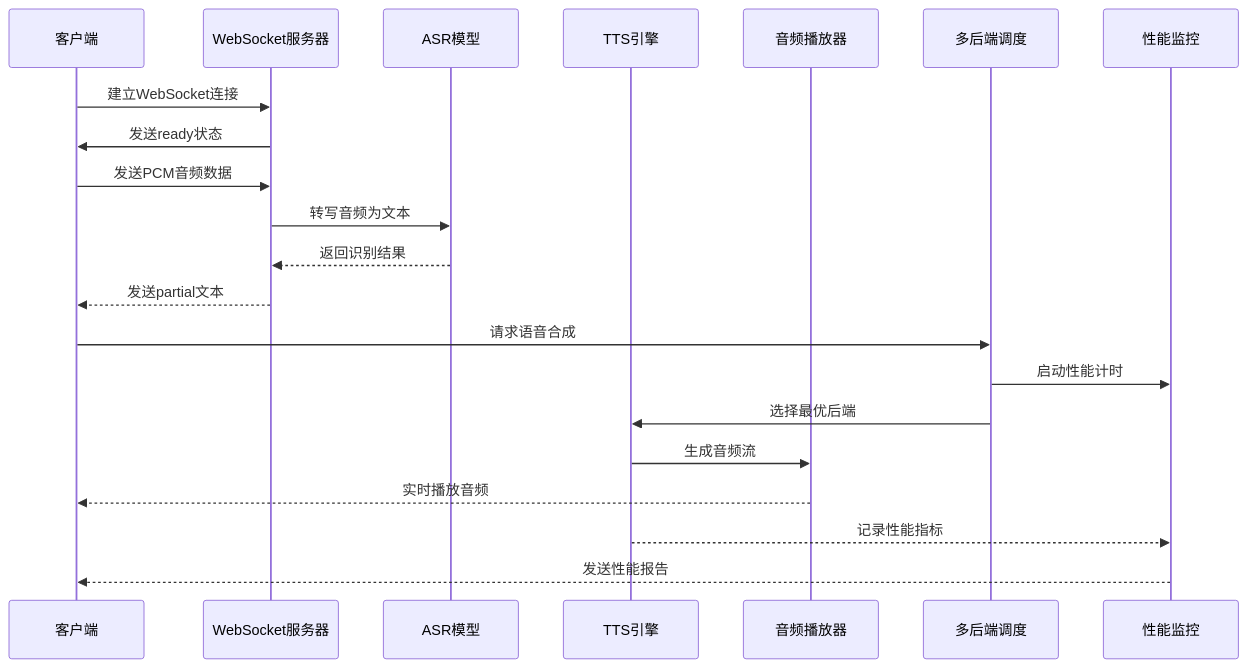
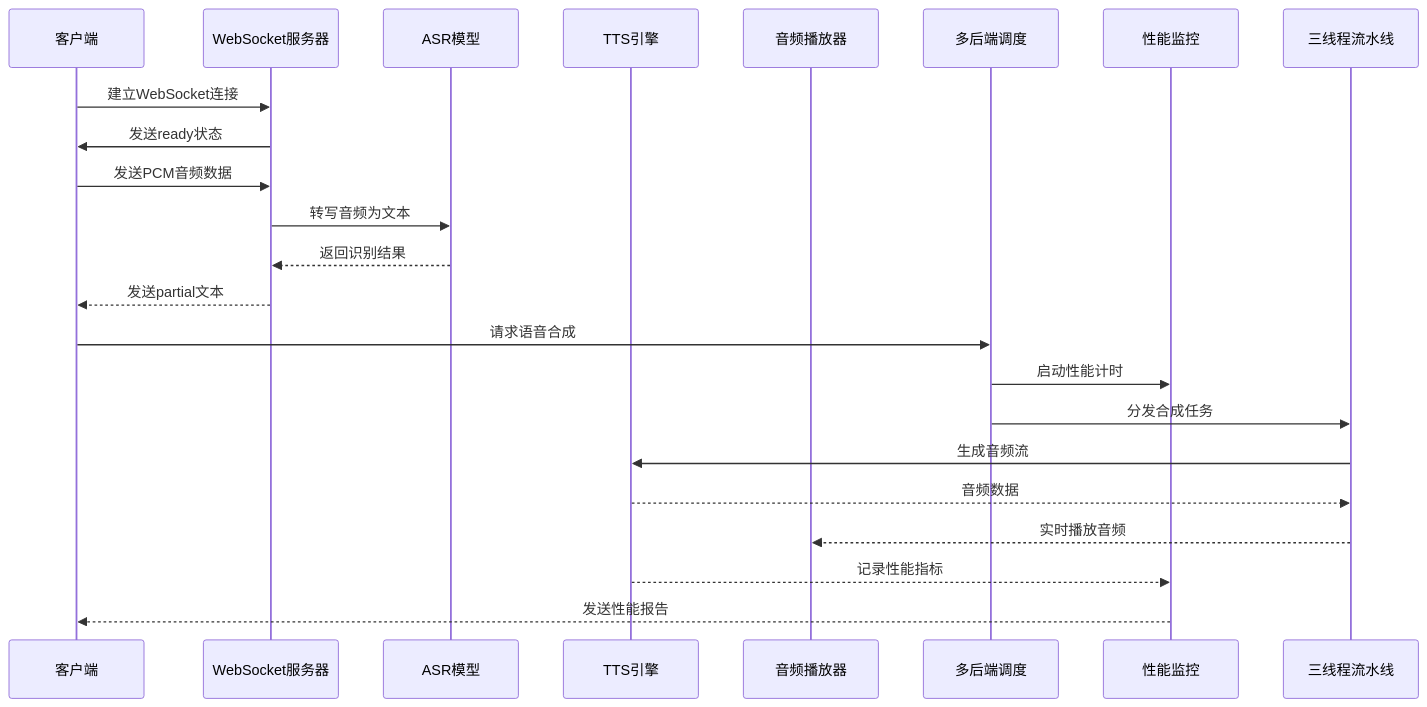
One commit to 1024dashen/Vue3Speech changed the third of 13 diagrams in .qoder/repowiki/zh/content/语音合成服务/实时TTS合成.md. Above: the diagram before and after it, drawn with Mermaid. The commit also changed other lines of this file and 8 other files, not shown here.

````diff
--- a/.qoder/repowiki/zh/content/语音合成服务/实时TTS合成.md
+++ b/.qoder/repowiki/zh/content/语音合成服务/实时TTS合成.md
@@ -165,23 +194,25 @@
 ```mermaid
 sequenceDiagram
 participant Client as 客户端
 participant WebSocket as WebSocket服务器
 participant ASR as ASR模型
 participant TTS as TTS引擎
 participant Audio as 音频播放器
 participant Backend as 多后端调度
 participant Monitor as 性能监控
+participant Threads as 三线程流水线
 Client->>WebSocket : 建立WebSocket连接
 WebSocket->>Client : 发送ready状态
 Client->>WebSocket : 发送PCM音频数据
 WebSocket->>ASR : 转写音频为文本
 ASR-->>WebSocket : 返回识别结果
 WebSocket-->>Client : 发送partial文本
 Client->>Backend : 请求语音合成
 Backend->>Monitor : 启动性能计时
-Backend->>TTS : 选择最优后端
-TTS->>Audio : 生成音频流
-Audio-->>Client : 实时播放音频
+Backend->>Threads : 分发合成任务
+Threads->>TTS : 生成音频流
+TTS-->>Threads : 音频数据
+Threads-->>Audio : 实时播放音频
 TTS-->>Monitor : 记录性能指标
 Monitor-->>Client : 发送性能报告
 ```
````
